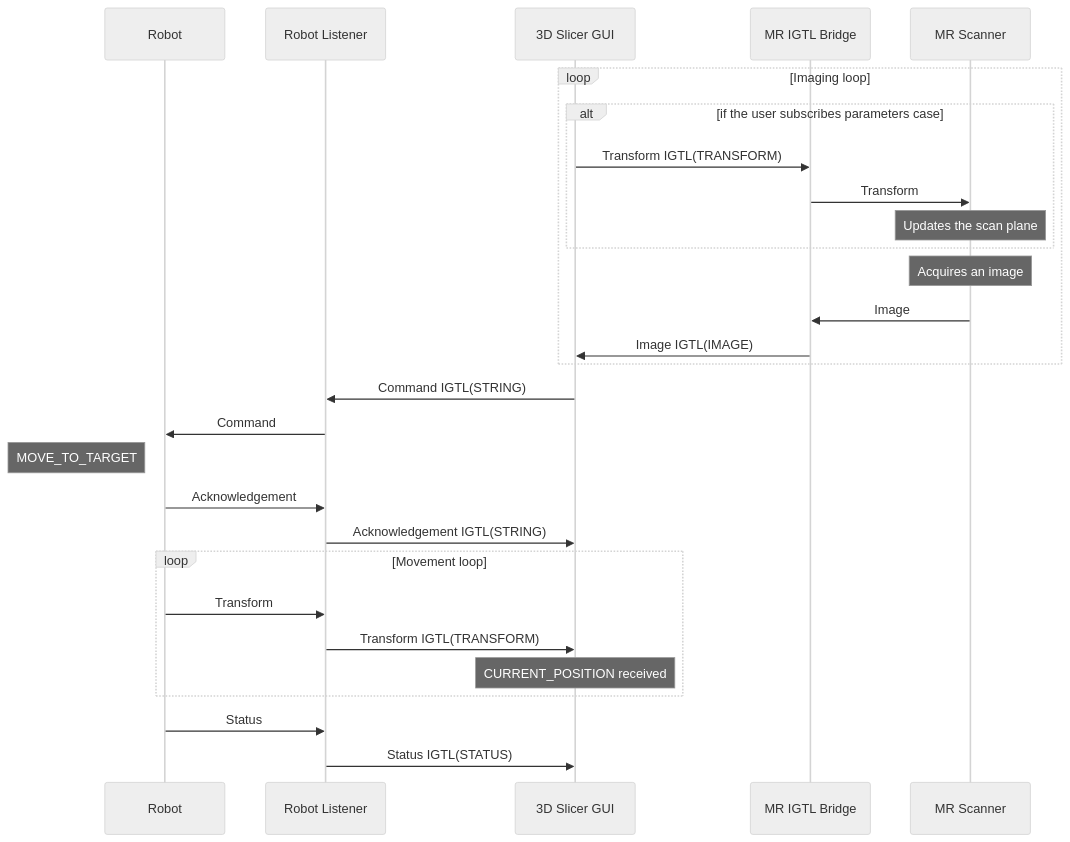
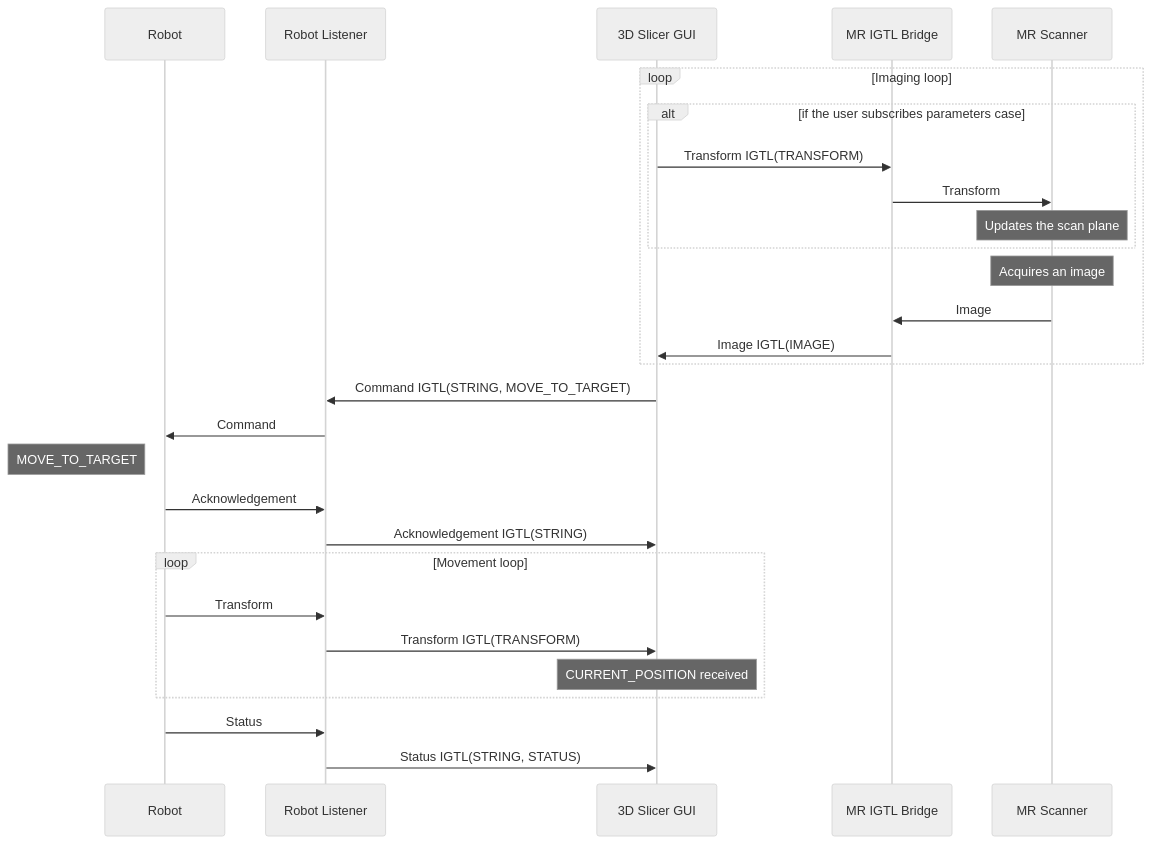
Before and after one commit to ProstateBRP/BRPRobot2021: the fifth of 5 diagrams in README.md, drawn with Mermaid (neutral theme). The commit also changed other lines of this file, not shown here.

````diff
--- a/README.md
+++ b/README.md
@@ -215,35 +215,35 @@
 ```mermaid
 sequenceDiagram
 
 participant R as Robot
 participant RL as Robot Listener
 participant SGUI as 3D Slicer GUI
 participant MRIGTL  as MR IGTL Bridge
 participant MRS as MR Scanner
 
 loop Imaging loop
 alt if the user subscribes parameters case
 SGUI->>MRIGTL:Transform IGTL(TRANSFORM)
 MRIGTL->>MRS:Transform
 note over MRS:Updates the scan plane
 end
 note over MRS:Acquires an image
 MRS->>MRIGTL:Image
 MRIGTL->>SGUI:Image IGTL(IMAGE)
 end
 
-SGUI->>RL:Command IGTL(STRING)
+SGUI->>RL:Command IGTL(STRING, MOVE_TO_TARGET)
 RL->>R:Command
 
 note left of R:MOVE_TO_TARGET
 R->>RL:Acknowledgement
 RL->>SGUI:Acknowledgement IGTL(STRING)
 loop Movement loop
 R->>RL:Transform
 RL->>SGUI:Transform IGTL(TRANSFORM)
 note over SGUI:CURRENT_POSITION received
 end
 
 R->>RL:Status
-RL->>SGUI:Status IGTL(STATUS)
+RL->>SGUI:Status IGTL(STRING, STATUS)
 ```
````
